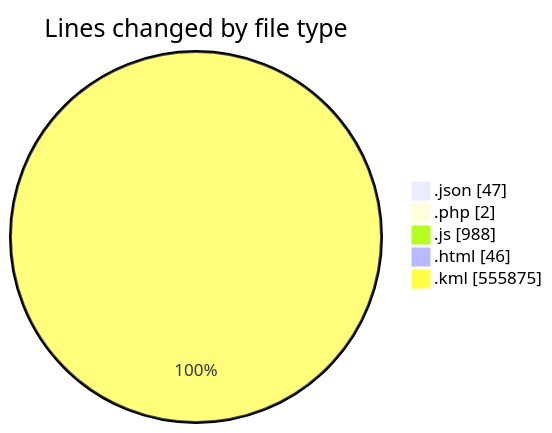
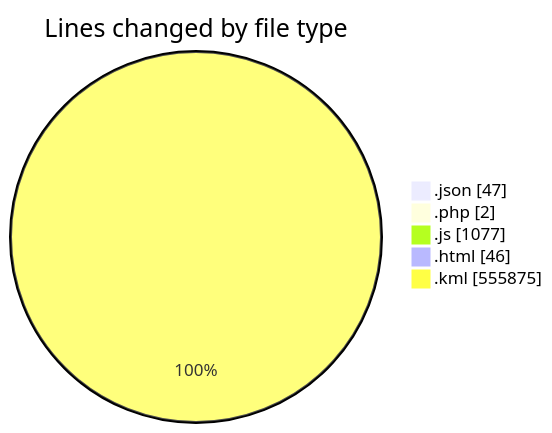
One commit to LanceThiago/code-tracking changed the first of 2 diagrams in 2025-03-27/kml/README.md. Above: the diagram before and after it, drawn with Mermaid. The commit also changed other lines of this file and 1 other file, not shown here.

````diff
--- a/2025-03-27/kml/README.md
+++ b/2025-03-27/kml/README.md
@@ -28,9 +28,9 @@
 ```mermaid
 pie showData
 title Lines changed by file type
 ".json" : 47
 ".php" : 2
-".js" : 988
+".js" : 1077
 ".html" : 46
 ".kml" : 555875
 ```
````
